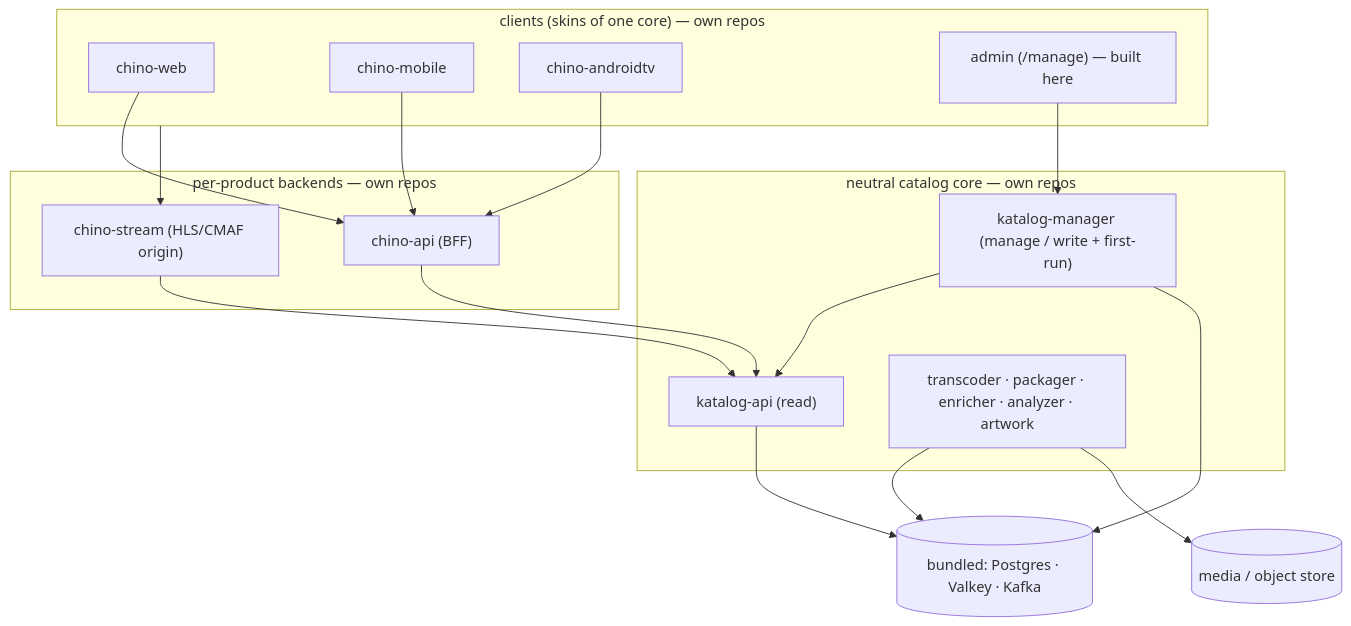
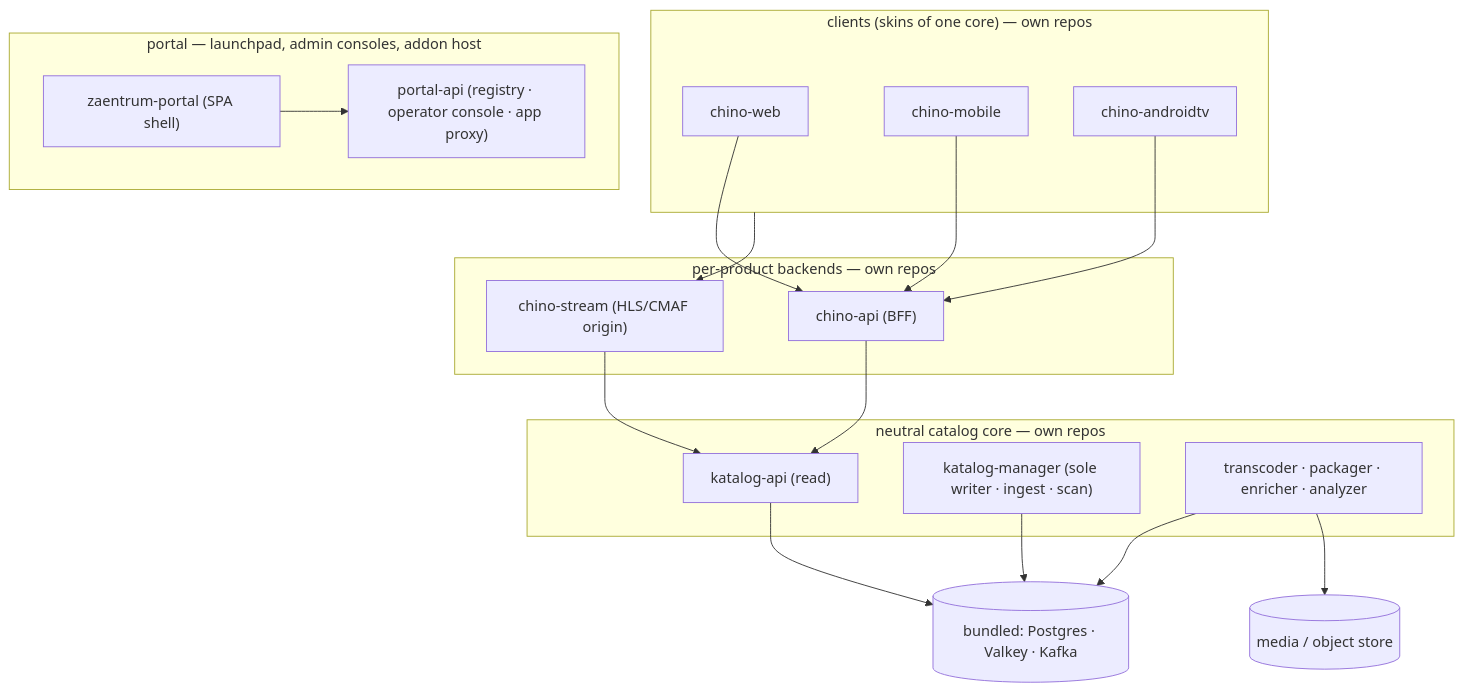
The diagram in docs/architecture.md (zaentrum/zaentrum), drawn with Mermaid before and after one commit. The commit also changed other lines of this file and 21 other files, not shown here.

````diff
--- a/docs/architecture.md
+++ b/docs/architecture.md
@@ -10,28 +11,29 @@
 ```mermaid
 flowchart TD
   subgraph clients["clients (skins of one core) — own repos"]
-    web["chino-web"]; mob["chino-mobile"]; tv["chino-androidtv"]; admin["admin (/manage) — built here"]
+    web["chino-web"]; mob["chino-mobile"]; tv["chino-androidtv"]
+  end
+  subgraph shell["portal — launchpad, admin consoles, addon host"]
+    portal["zaentrum-portal (SPA shell)"]
+    papi["portal-api (registry · operator console · app proxy)"]
   end
   subgraph product["per-product backends — own repos"]
     api["chino-api (BFF)"]; stream["chino-stream (HLS/CMAF origin)"]
   end
   subgraph core["neutral catalog core — own repos"]
     kapi["katalog-api (read)"]
-    kmgr["katalog-manager (manage / write + first-run)"]
-    proc["transcoder · packager · enricher · analyzer · artwork"]
+    kmgr["katalog-manager (sole writer · ingest · scan)"]
+    proc["transcoder · packager · enricher · analyzer"]
   end
   bundled[("bundled: Postgres · Valkey · Kafka")]
   store[("media / object store")]
-  web --> api
-  mob --> api
-  tv --> api
-  admin --> kmgr
+  web & mob & tv --> api
   clients --> stream
+  portal --> papi
   api --> kapi
   stream --> kapi
-  kmgr --> kapi
   kmgr --> bundled
   proc --> bundled
   proc --> store
   kapi --> bundled
 ```
````
